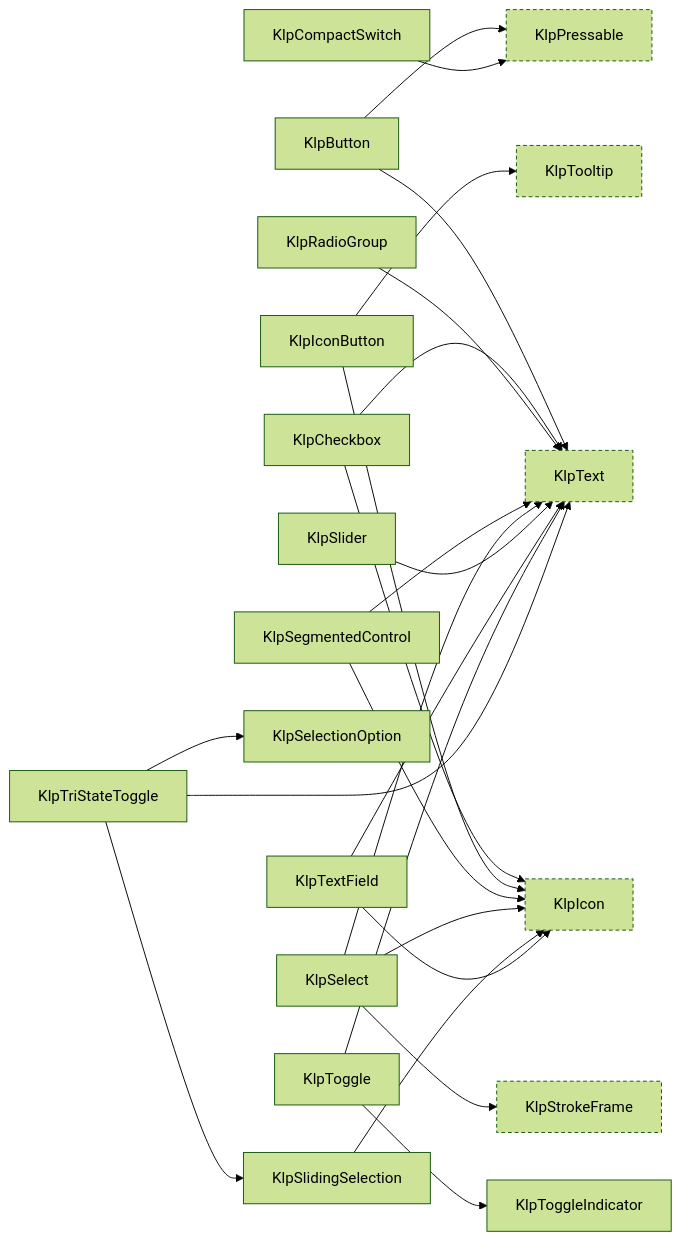
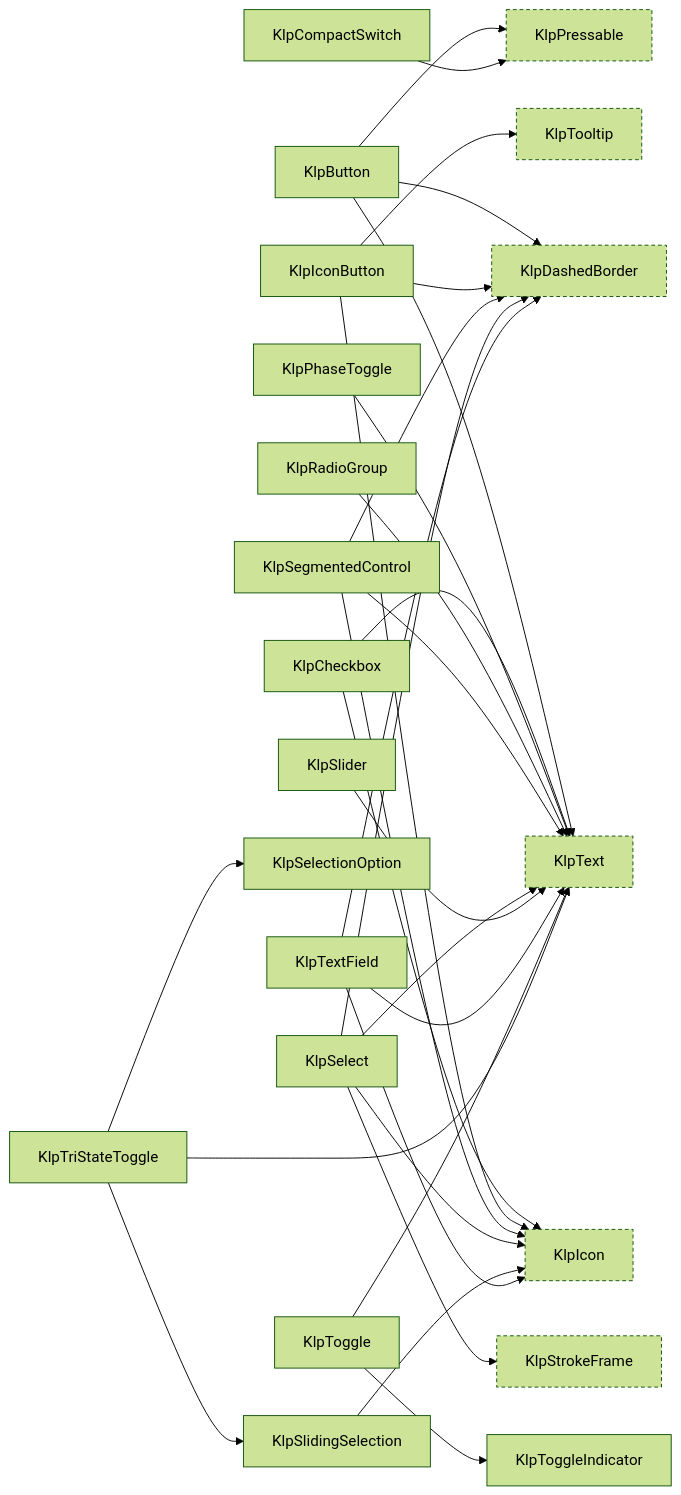
The ninth of 16 diagrams in spec/component-inventory.md (MiuDog/Kallopis), drawn with Mermaid (forest theme) before and after one commit. The commit also changed other lines of this file and 17 other files, not shown here.

````diff
--- a/spec/component-inventory.md
+++ b/spec/component-inventory.md
@@ -403,45 +424,53 @@
 ```mermaid
 graph LR
   KlpButton["KlpButton"]
   KlpCheckbox["KlpCheckbox"]
   KlpCompactSwitch["KlpCompactSwitch"]
+  KlpDashedBorder["KlpDashedBorder"]:::external
   KlpIcon["KlpIcon"]:::external
   KlpIconButton["KlpIconButton"]
+  KlpPhaseToggle["KlpPhaseToggle"]
   KlpPressable["KlpPressable"]:::external
   KlpRadioGroup["KlpRadioGroup"]
   KlpSegmentedControl["KlpSegmentedControl"]
   KlpSelect["KlpSelect"]
   KlpSelectionOption["KlpSelectionOption"]
   KlpSlider["KlpSlider"]
   KlpSlidingSelection["KlpSlidingSelection"]
   KlpStrokeFrame["KlpStrokeFrame"]:::external
   KlpText["KlpText"]:::external
   KlpTextField["KlpTextField"]
   KlpToggle["KlpToggle"]
   KlpToggleIndicator["KlpToggleIndicator"]
   KlpTooltip["KlpTooltip"]:::external
   KlpTriStateToggle["KlpTriStateToggle"]
+  KlpButton --> KlpDashedBorder
   KlpButton --> KlpPressable
   KlpButton --> KlpText
   KlpCheckbox --> KlpIcon
   KlpCheckbox --> KlpText
   KlpCompactSwitch --> KlpPressable
+  KlpIconButton --> KlpDashedBorder
   KlpIconButton --> KlpIcon
   KlpIconButton --> KlpTooltip
+  KlpPhaseToggle --> KlpText
   KlpRadioGroup --> KlpText
+  KlpSegmentedControl --> KlpDashedBorder
   KlpSegmentedControl --> KlpIcon
   KlpSegmentedControl --> KlpText
+  KlpSelect --> KlpDashedBorder
   KlpSelect --> KlpIcon
   KlpSelect --> KlpStrokeFrame
   KlpSelect --> KlpText
   KlpSlider --> KlpText
   KlpSlidingSelection --> KlpIcon
+  KlpTextField --> KlpDashedBorder
   KlpTextField --> KlpIcon
   KlpTextField --> KlpText
   KlpToggle --> KlpText
   KlpToggle --> KlpToggleIndicator
   KlpTriStateToggle --> KlpSelectionOption
   KlpTriStateToggle --> KlpSlidingSelection
   KlpTriStateToggle --> KlpText
   classDef external stroke-dasharray: 4 3;
 ```
````
